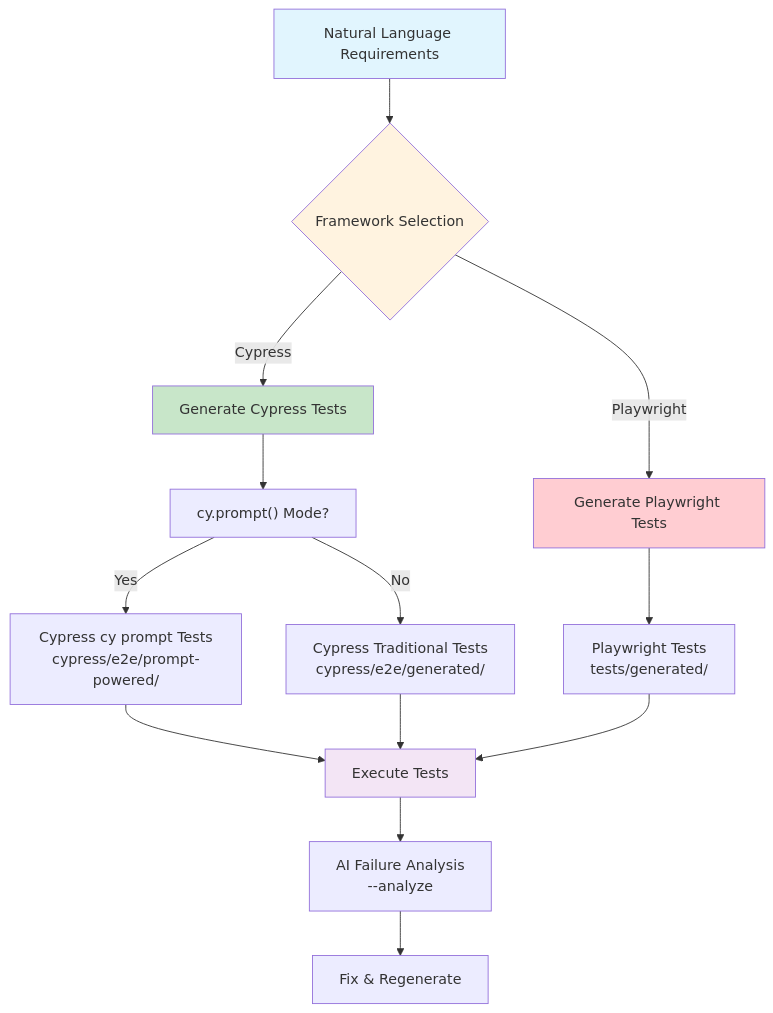
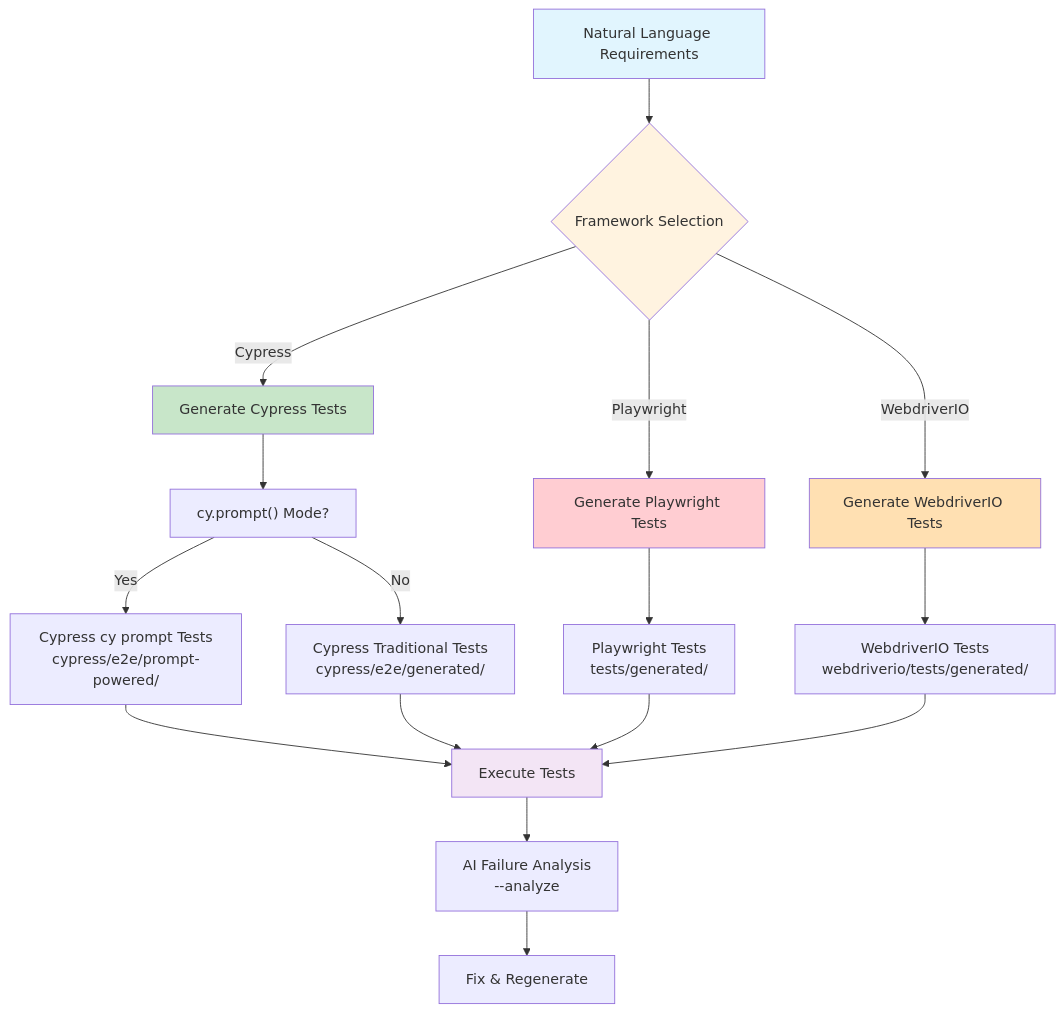
Before and after one commit to aiqualitylab/ai-natural-language-tests: the diagram in .github/images/complete-workflow.mmd, drawn with Mermaid. The commit also changed 19 other files, not shown here.

```diff
--- a/.github/images/complete-workflow.mmd
+++ b/.github/images/complete-workflow.mmd
@@ -1,19 +1,23 @@
 graph TD
     A[Natural Language Requirements] --> B{Framework Selection}
     B -->|Cypress| C[Generate Cypress Tests]
     B -->|Playwright| D[Generate Playwright Tests]
+    B -->|WebdriverIO| W[Generate WebdriverIO Tests]
     C --> E["cy.prompt() Mode?"]
     E -->|Yes| F[Cypress cy prompt Tests<br/>cypress/e2e/prompt-powered/]
     E -->|No| G[Cypress Traditional Tests<br/>cypress/e2e/generated/]
     D --> H[Playwright Tests<br/>tests/generated/]
+    W --> X[WebdriverIO Tests<br/>webdriverio/tests/generated/]
     F --> I[Execute Tests]
     G --> I
     H --> I
+    X --> I
     I --> J[AI Failure Analysis<br/>--analyze]
     J --> K[Fix & Regenerate]
 
     style A fill:#e1f5fe
     style B fill:#fff3e0
     style C fill:#c8e6c9
     style D fill:#ffcdd2
+    style W fill:#ffe0b2
     style I fill:#f3e5f5
```
